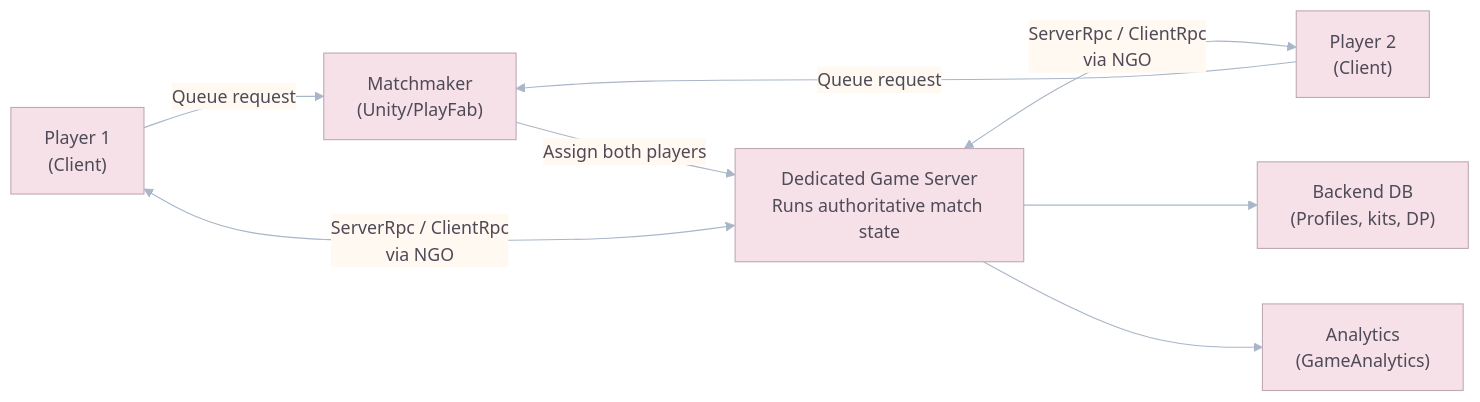
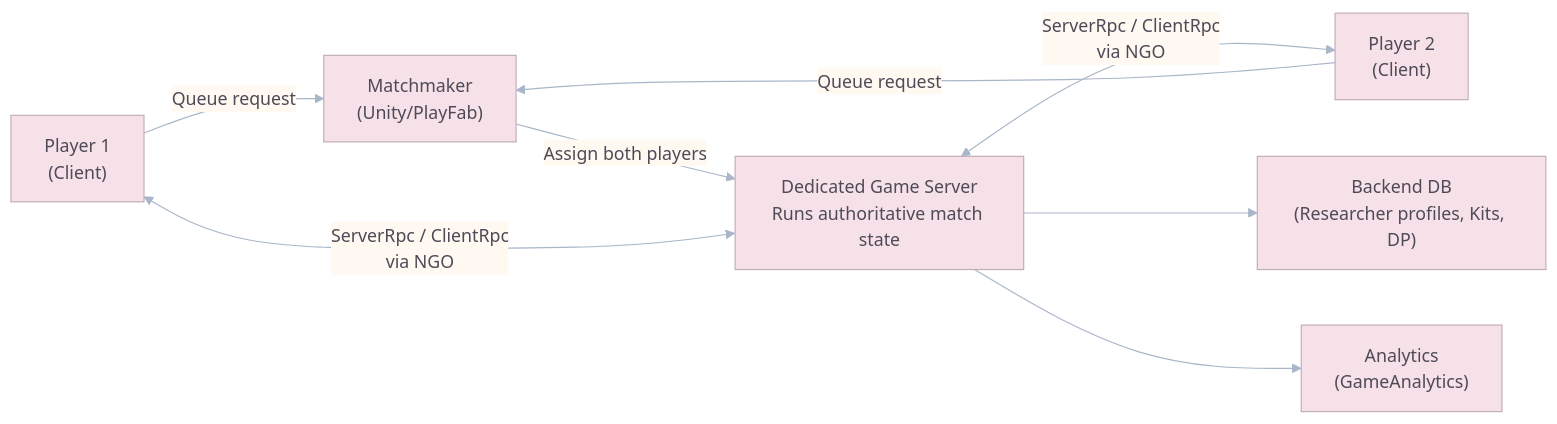
Before and after one commit to unknown-studios-code/goo-galaxy: the fifth of 6 diagrams in .docs/GDD/08_Technical_Architecture_and_Multiplayer.md, drawn with Mermaid. The commit also changed other lines of this file and 54 other files, not shown here.

````diff
--- a/.docs/GDD/08_Technical_Architecture_and_Multiplayer.md
+++ b/.docs/GDD/08_Technical_Architecture_and_Multiplayer.md
@@ -294,11 +336,11 @@
 ```mermaid
 %%{init: {"theme":"base","themeVariables":{"primaryColor":"#F7E1E8","secondaryColor":"#DCEBF7","tertiaryColor":"#E4F3E1","primaryBorderColor":"#BFA9B5","lineColor":"#A8B6C8","primaryTextColor":"#4E4A57","clusterBkg":"#FAF5EA","clusterBorder":"#CDBFAF","edgeLabelBackground":"#FFF9F2","noteBkgColor":"#F7F1FA","noteTextColor":"#4E4A57","taskBkgColor":"#DCEBF7","taskTextColor":"#4E4A57","taskTextOutsideColor":"#4E4A57","sectionBkgColor":"#E4F3E1","sectionBorderColor":"#BCD0B9","gridColor":"#E8DDD3","todayLineColor":"#C7A7B5","actorBkg":"#F7E1E8","actorBorder":"#BFA9B5","actorTextColor":"#4E4A57","signalColor":"#A8B6C8","signalTextColor":"#4E4A57","labelBoxBkgColor":"#FFF9F2","labelBoxBorderColor":"#CDBFAF","labelTextColor":"#4E4A57"}}}%%
 flowchart LR
     P1["Player 1<br/>(Client)"] -->|"Queue request"| MM["Matchmaker<br/>(Unity/PlayFab)"]
     P2["Player 2<br/>(Client)"] -->|"Queue request"| MM
     MM -->|"Assign both players"| GS["Dedicated Game Server<br/>Runs authoritative match state"]
     GS <-->|"ServerRpc / ClientRpc<br/>via NGO"| P1
     GS <-->|"ServerRpc / ClientRpc<br/>via NGO"| P2
-    GS --> DB["Backend DB<br/>(Profiles, kits, DP)"]
+    GS --> DB["Backend DB<br/>(Researcher profiles, Kits, DP)"]
     GS --> AN["Analytics<br/>(GameAnalytics)"]
 ```
````
